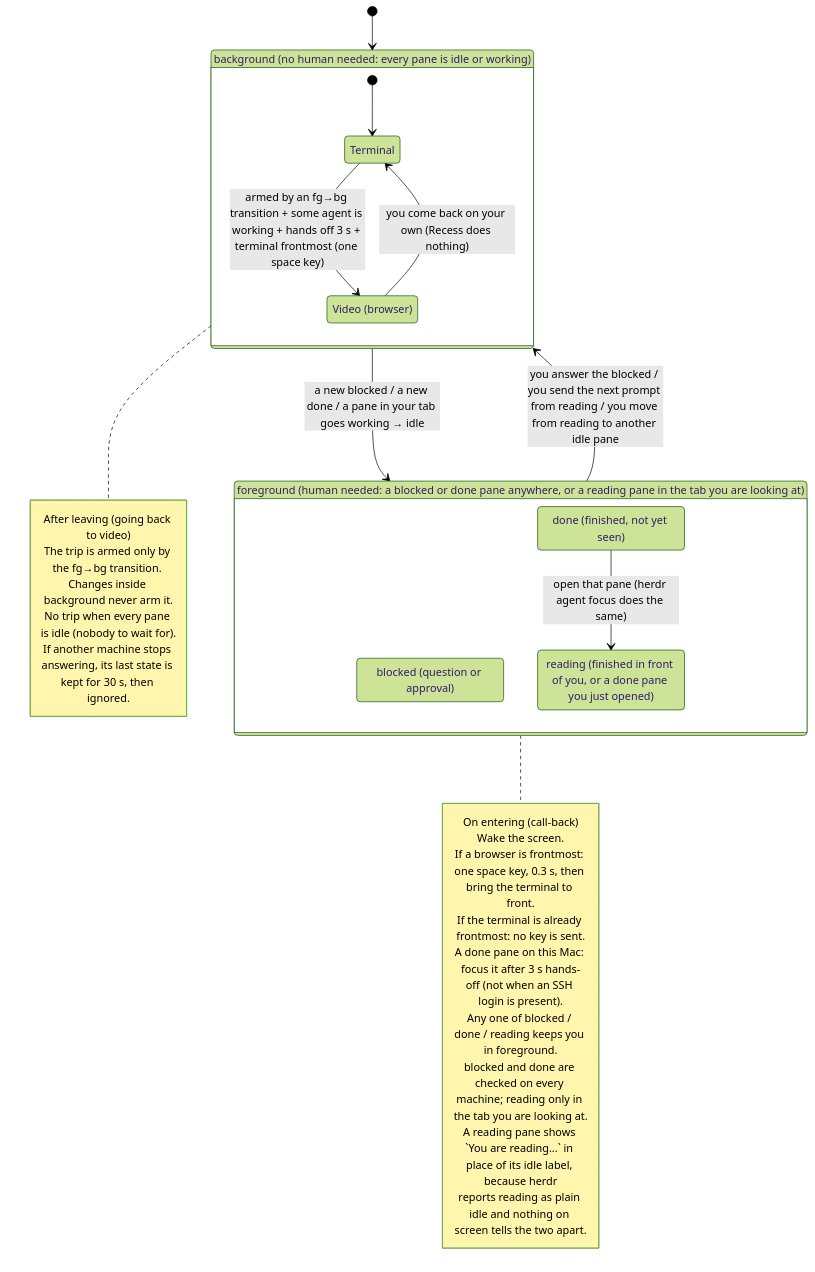
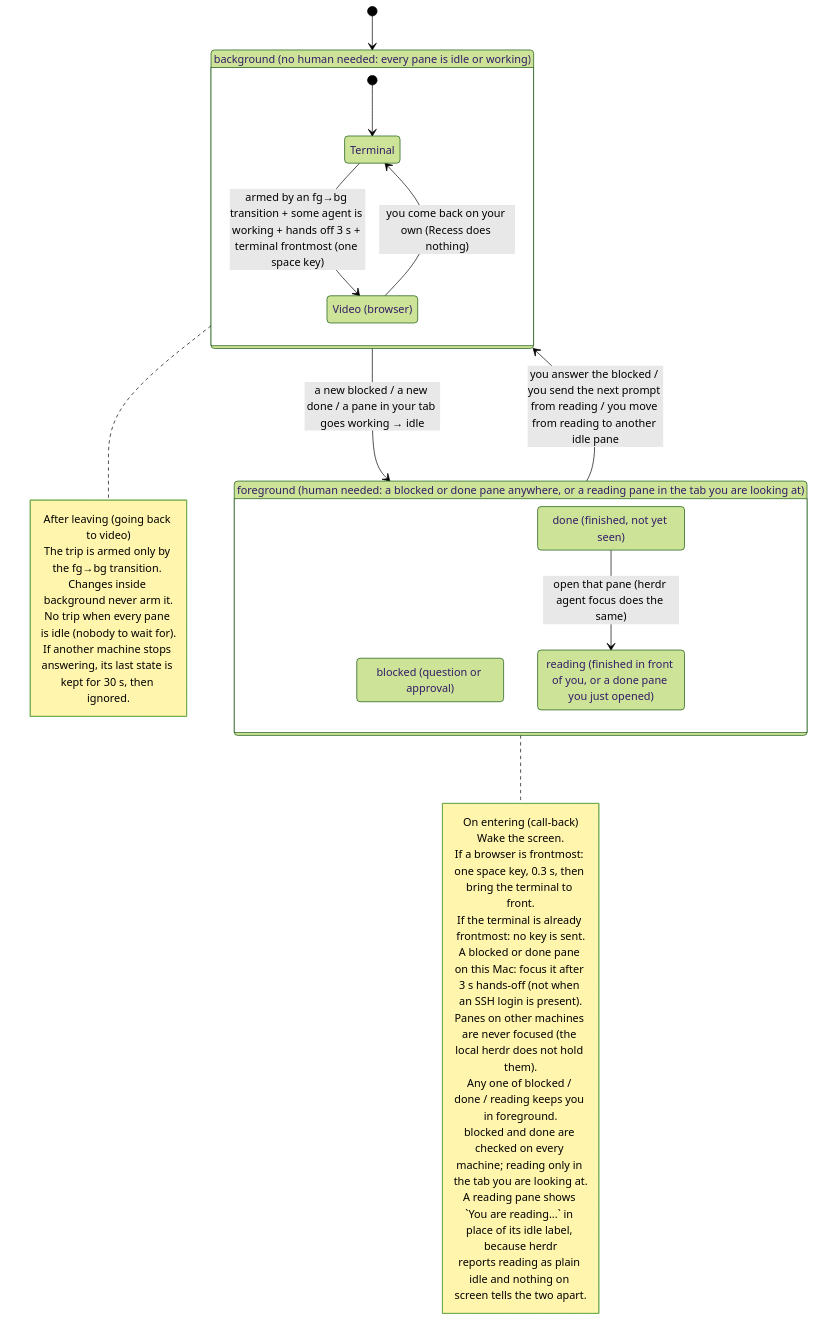
Before and after one commit to tatsuro-ueda/recess: the first of 2 diagrams in docs/spec.md, drawn with Mermaid (forest theme). The commit also changed other lines of this file and 1 other file, not shown here.

Commit message:
feat: 呼んだペインまで連れて行ってほしい（自動ジャンプの対象に blocked を追加）
2026年9月29日 recessでblockedのペインにも移るようにする

これまで blocked ではターミナルが前に出るだけで、どのペインが呼んだかは自分で探していた。
herdr agent focus の対象を done だけから blocked にも広げる。手を離して3秒・SSH ログイン無し
という条件はそのまま。他マシンのペインへ移れないのは変わらない（ローカル herdr が持っていない）。

````diff
--- a/docs/spec.md
+++ b/docs/spec.md
@@ -11,42 +11,43 @@
 ```mermaid
 stateDiagram-v2
     direction TB
 
     state "background (no human needed: every pane is idle or working)" as bg {
         state "Terminal" as term
         state "Video (browser)" as nf
         [*] --> term
         term --> nf : armed by an fg→bg transition + some agent is working + hands off 3 s + terminal frontmost (one space key)
         nf --> term : you come back on your own (Recess does nothing)
     }
 
     state "foreground (human needed: a blocked or done pane anywhere, or a reading pane in the tab you are looking at)" as fg {
         state "blocked (question or approval)" as blocked
         state "done (finished, not yet seen)" as done
         state "reading (finished in front of you, or a done pane you just opened)" as reading
         done --> reading : open that pane (herdr agent focus does the same)
     }
 
     [*] --> bg
     bg --> fg : a new blocked / a new done / a pane in your tab goes working → idle
     fg --> bg : you answer the blocked / you send the next prompt from reading / you move from reading to another idle pane
 
     note right of fg
         On entering (call-back)
         Wake the screen.
         If a browser is frontmost: one space key, 0.3 s, then bring the terminal to front.
         If the terminal is already frontmost: no key is sent.
-        A done pane on this Mac: focus it after 3 s hands-off (not when an SSH login is present).
+        A blocked or done pane on this Mac: focus it after 3 s hands-off (not when an SSH login is present).
+        Panes on other machines are never focused (the local herdr does not hold them).
         Any one of blocked / done / reading keeps you in foreground.
         blocked and done are checked on every machine; reading only in the tab you are looking at.
         A reading pane shows `You are reading...` in place of its idle label, because herdr
         reports reading as plain idle and nothing on screen tells the two apart.
     end note
 
     note right of bg
         After leaving (going back to video)
         The trip is armed only by the fg→bg transition. Changes inside background never arm it.
         No trip when every pane is idle (nobody to wait for).
         If another machine stops answering, its last state is kept for 30 s, then ignored.
     end note
 ```
````
